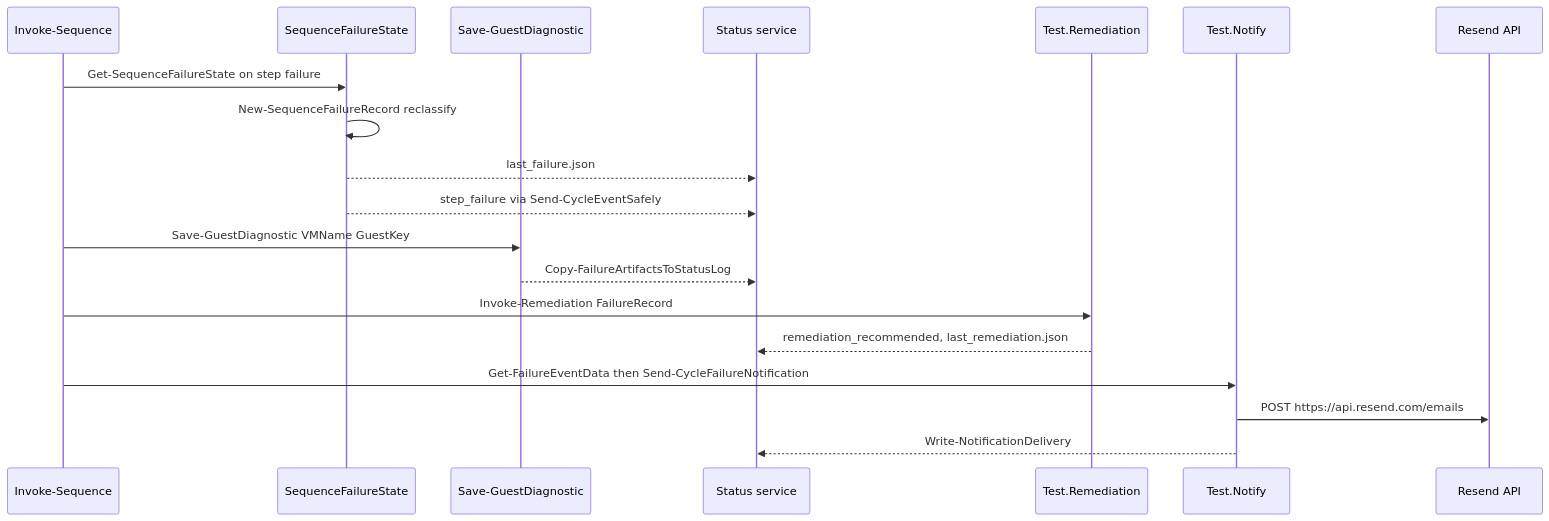
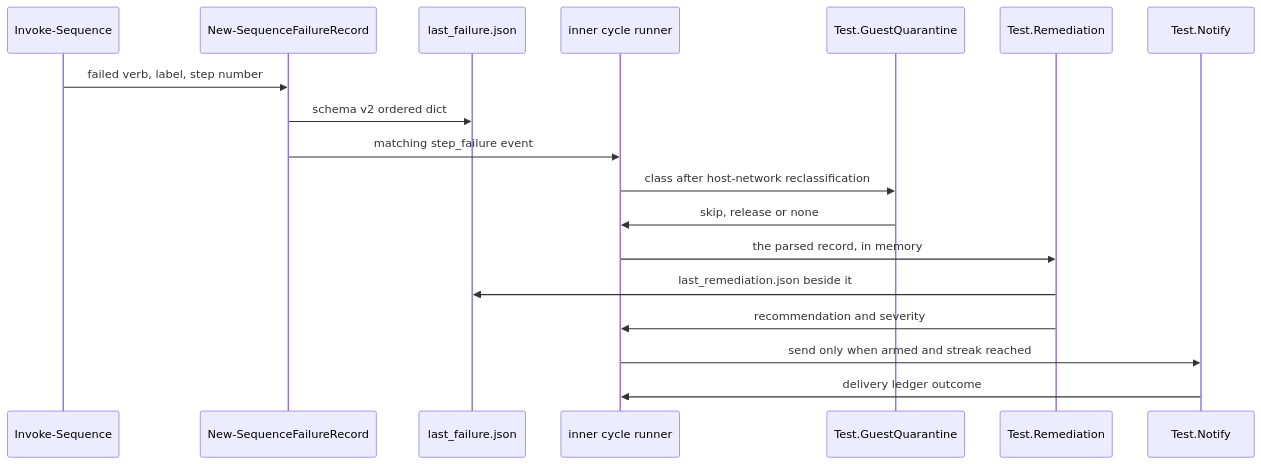
Before and after one commit to alissonsol/yuruna: the fourth of 6 diagrams in docs/design/03-data-flows.md, drawn with Mermaid. The commit also changed other lines of this file and 635 other files, not shown here.

````diff
--- a/docs/design/03-data-flows.md
+++ b/docs/design/03-data-flows.md
@@ -321,22 +316,20 @@
 ```mermaid
 sequenceDiagram
-    participant Engine as Invoke-Sequence
-    participant Fail as SequenceFailureState
-    participant Diag as Save-GuestDiagnostic
-    participant Status as Status service
-    participant Remed as Test.Remediation
-    participant Notify as Test.Notify
-    participant Resend as Resend API
-
-    Engine->>Fail: Get-SequenceFailureState on step failure
-    Fail->>Fail: New-SequenceFailureRecord reclassify
-    Fail-->>Status: last_failure.json
-    Fail-->>Status: step_failure via Send-CycleEventSafely
-    Engine->>Diag: Save-GuestDiagnostic VMName GuestKey
-    Diag-->>Status: Copy-FailureArtifactsToStatusLog
-    Engine->>Remed: Invoke-Remediation FailureRecord
-    Remed-->>Status: remediation_recommended, last_remediation.json
-    Engine->>Notify: Get-FailureEventData then Send-CycleFailureNotification
-    Notify->>Resend: POST https://api.resend.com/emails
-    Notify-->>Status: Write-NotificationDelivery
+    participant engine as Invoke-Sequence
+    participant builder as New-SequenceFailureRecord
+    participant record as last_failure.json
+    participant runner as inner cycle runner
+    participant quarantine as Test.GuestQuarantine
+    participant remediation as Test.Remediation
+    participant notify as Test.Notify
+    engine->>builder: failed verb, label, step number
+    builder->>record: schema v2 ordered dict
+    builder->>runner: matching step_failure event
+    runner->>quarantine: class after host-network reclassification
+    quarantine->>runner: skip, release or none
+    runner->>remediation: the parsed record, in memory
+    remediation->>record: last_remediation.json beside it
+    remediation->>runner: recommendation and severity
+    runner->>notify: send only when armed and streak reached
+    notify->>runner: delivery ledger outcome
 ```
````
